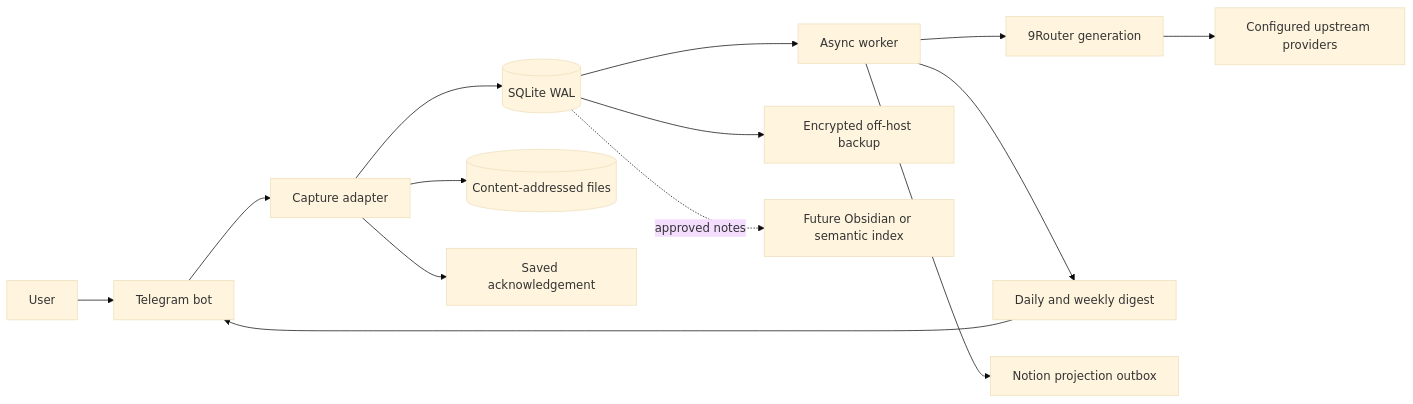
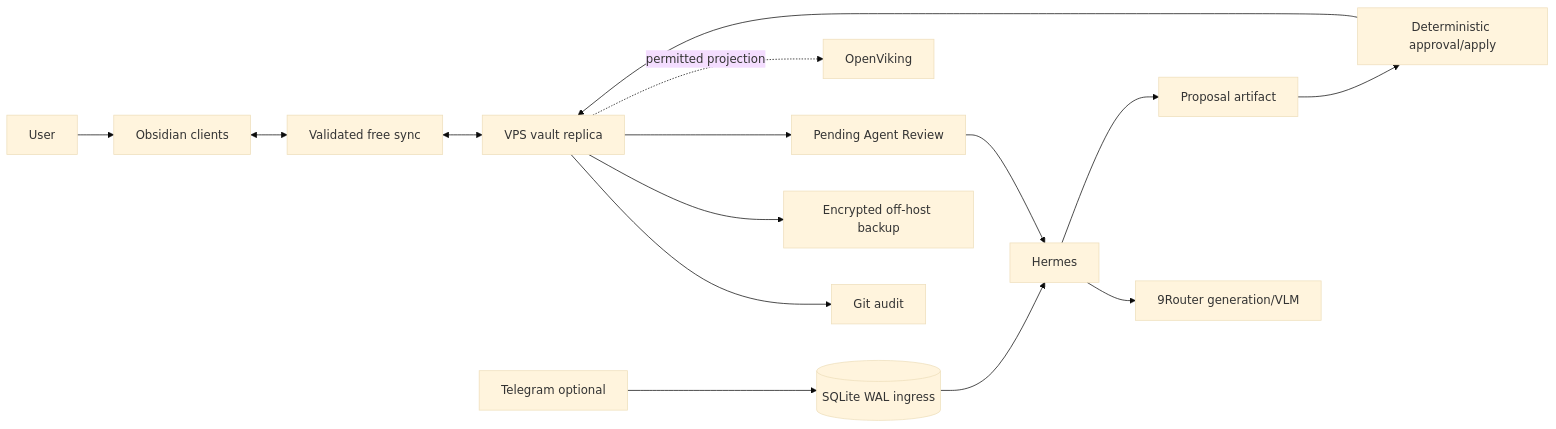
The diagram in docs/system-design.md (tienbac2314/north-obsidian-vault), drawn with Mermaid (base theme) before and after one commit. The commit also changed other lines of this file and 29 other files, not shown here.

````diff
--- a/docs/system-design.md
+++ b/docs/system-design.md
@@ -174,16 +62,17 @@
 ```mermaid
 flowchart LR
-    U["User"] --> T["Telegram bot"]
-    T --> C["Capture adapter"]
-    C --> S[("SQLite WAL")]
-    C --> F[("Content-addressed files")]
-    C --> A["Saved acknowledgement"]
-    S --> W["Async worker"]
-    W --> R["9Router generation"]
-    R --> P["Configured upstream providers"]
-    W --> D["Daily and weekly digest"]
-    D --> T
-    W --> O["Notion projection outbox"]
-    S --> B["Encrypted off-host backup"]
-    S -. approved notes .-> X["Future Obsidian or semantic index"]
+    U["User"] --> O["Obsidian clients"]
+    O <--> S["Validated free sync"]
+    S <--> V["VPS vault replica"]
+    V --> G["Git audit"]
+    V --> B["Encrypted off-host backup"]
+    V --> Q["Pending Agent Review"]
+    Q --> H["Hermes"]
+    H --> R["9Router generation/VLM"]
+    H --> P["Proposal artifact"]
+    P --> A["Deterministic approval/apply"]
+    A --> V
+    V -. permitted projection .-> X["OpenViking"]
+    T["Telegram optional"] --> I[("SQLite WAL ingress")]
+    I --> H
 ```
````
